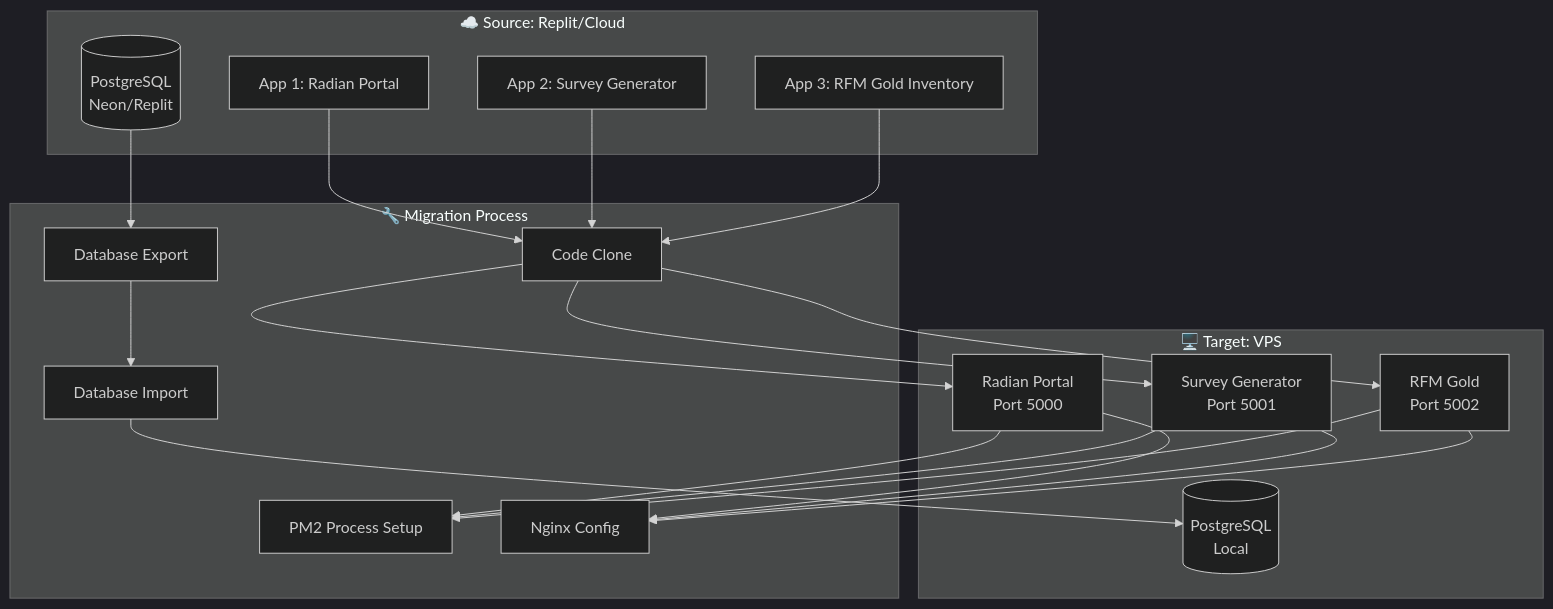
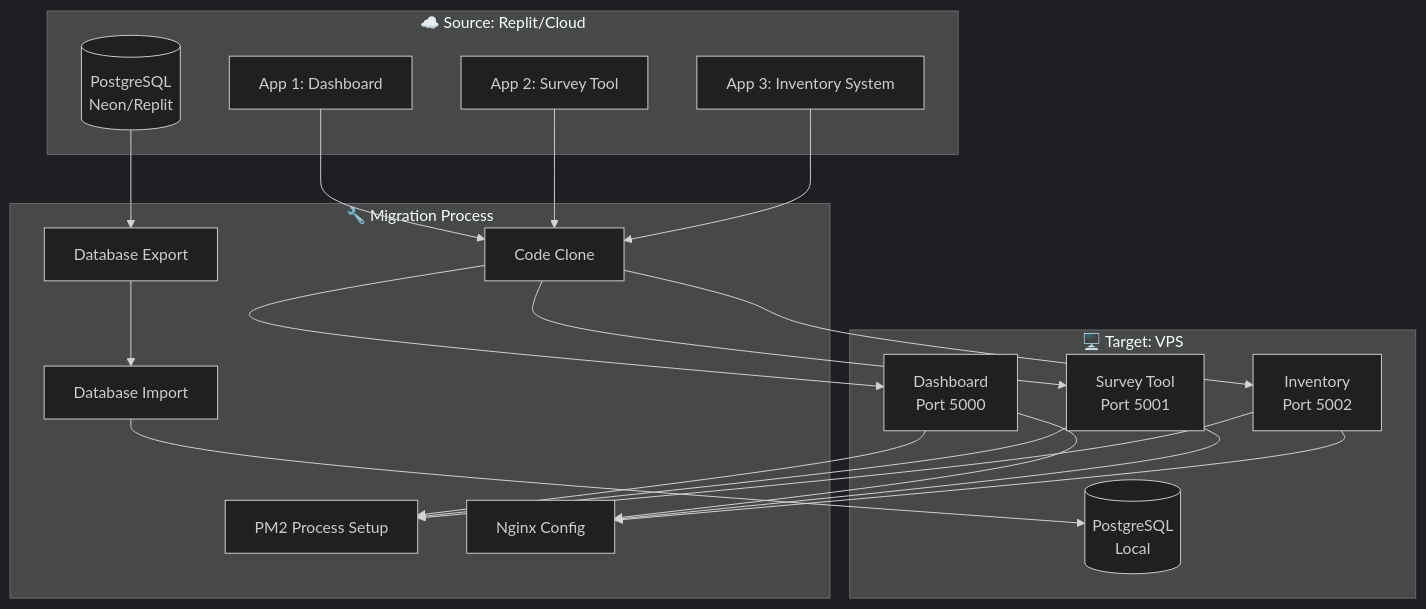
One commit to fanani-radian/openclaw-sumopod changed the first of 10 diagrams in docs/use-cases/vps-multi-app-migration.md. Above: the diagram before and after it, drawn with Mermaid (dark theme). The commit also changed other lines of this file and 1 other file, not shown here.

````diff
--- a/docs/use-cases/vps-multi-app-migration.md
+++ b/docs/use-cases/vps-multi-app-migration.md
@@ -5,35 +5,35 @@
 ```mermaid
 flowchart TB
     subgraph Source["☁️ Source: Replit/Cloud"]
-        R1[App 1: Radian Portal]
-        R2[App 2: Survey Generator]
-        R3[App 3: RFM Gold Inventory]
+        R1[App 1: Dashboard]
+        R2[App 2: Survey Tool]
+        R3[App 3: Inventory System]
         DB1[(PostgreSQL<br/>Neon/Replit)]
     end
     
     subgraph Process["🔧 Migration Process"]
         P1[Code Clone]
         P2[Database Export]
         P3[Database Import]
         P4[PM2 Process Setup]
         P5[Nginx Config]
     end
     
     subgraph Target["🖥️ Target: VPS"]
-        A1[Radian Portal<br/>Port 5000]
-        A2[Survey Generator<br/>Port 5001]
-        A3[RFM Gold<br/>Port 5002]
+        A1[Dashboard<br/>Port 5000]
+        A2[Survey Tool<br/>Port 5001]
+        A3[Inventory<br/>Port 5002]
         DB2[(PostgreSQL<br/>Local)]
     end
     
     R1 --> P1 --> A1
     R2 --> P1 --> A2
     R3 --> P1 --> A3
     DB1 --> P2 --> P3 --> DB2
     A1 --> P4
     A2 --> P4
     A3 --> P4
     A1 --> P5
     A2 --> P5
     A3 --> P5
 ```
````
